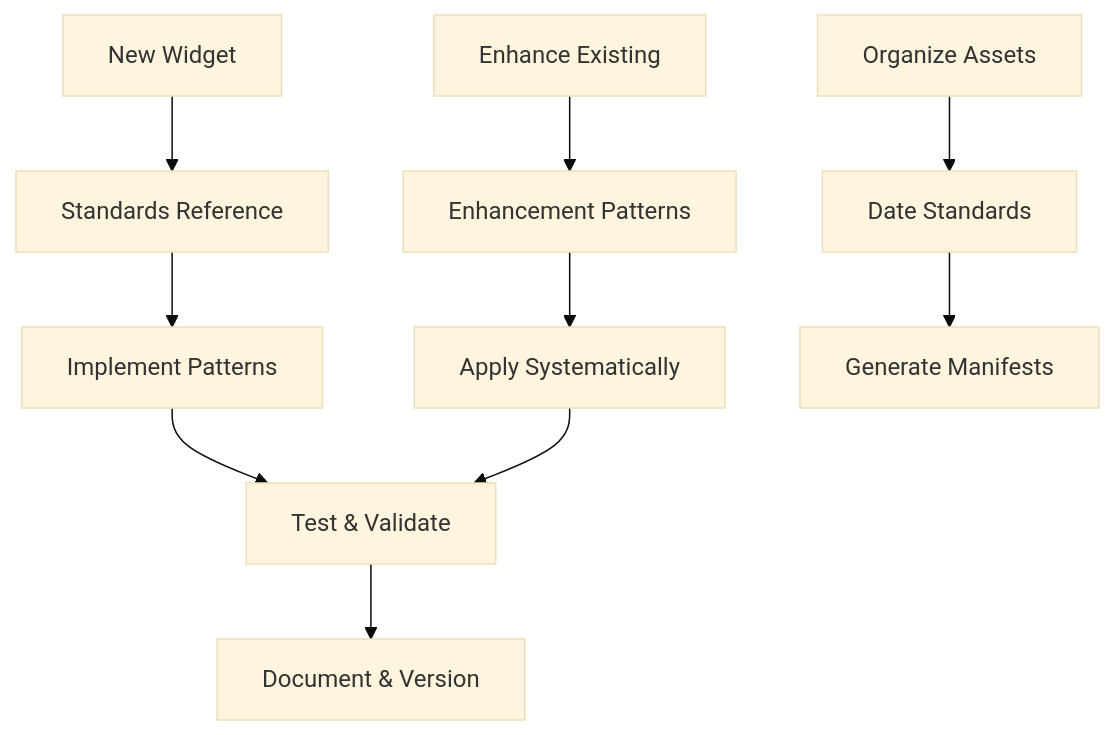
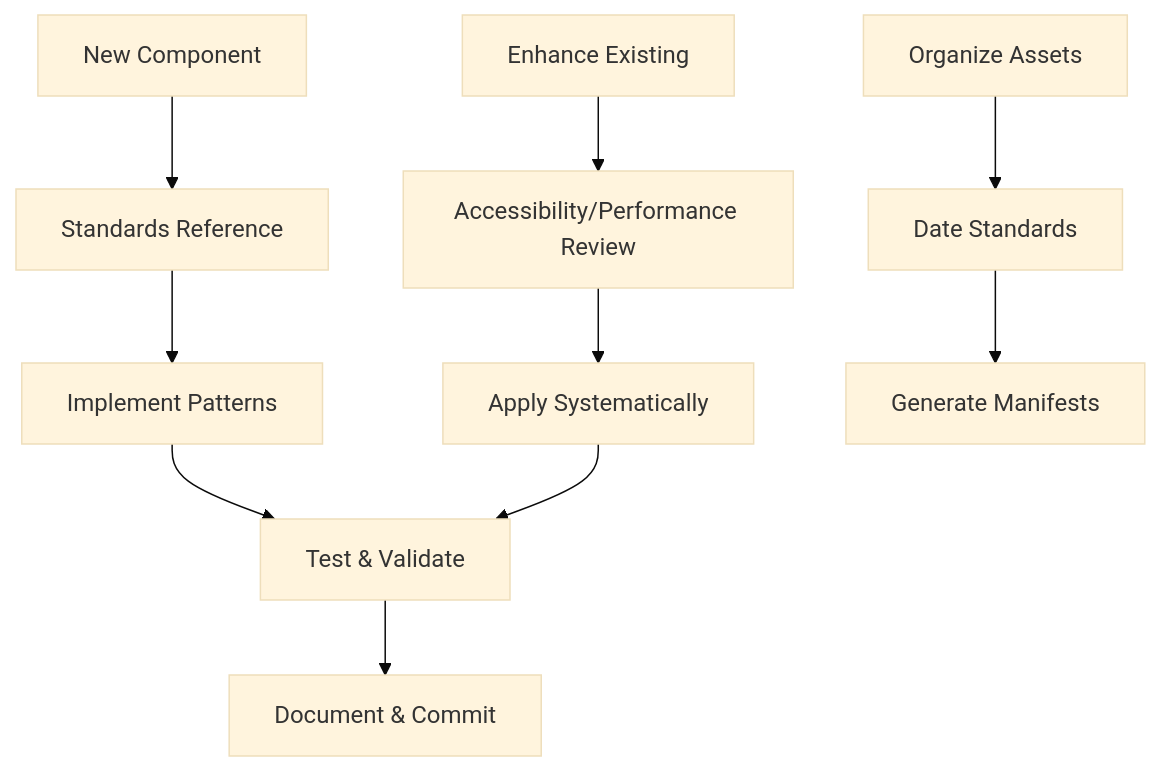
One commit to McCal-Codes/McCals-Website changed the diagram in docs/standards/README.md. Above: the diagram before and after it, drawn with Mermaid (base theme). The commit also changed other lines of this file and 10 other files, not shown here.

````diff
--- a/docs/standards/README.md
+++ b/docs/standards/README.md
@@ -84,14 +69,14 @@
 ```mermaid
 graph TD
-    A[New Widget] --> B[Standards Reference]
+    A[New Component] --> B[Standards Reference]
     B --> C[Implement Patterns]
     C --> D[Test & Validate]
-    D --> E[Document & Version]
+    D --> E[Document & Commit]
     
-    F[Enhance Existing] --> G[Enhancement Patterns]
+    F[Enhance Existing] --> G[Accessibility/Performance Review]
     G --> H[Apply Systematically]
     H --> D
     
     I[Organize Assets] --> J[Date Standards]
     J --> K[Generate Manifests]
 ```
````
